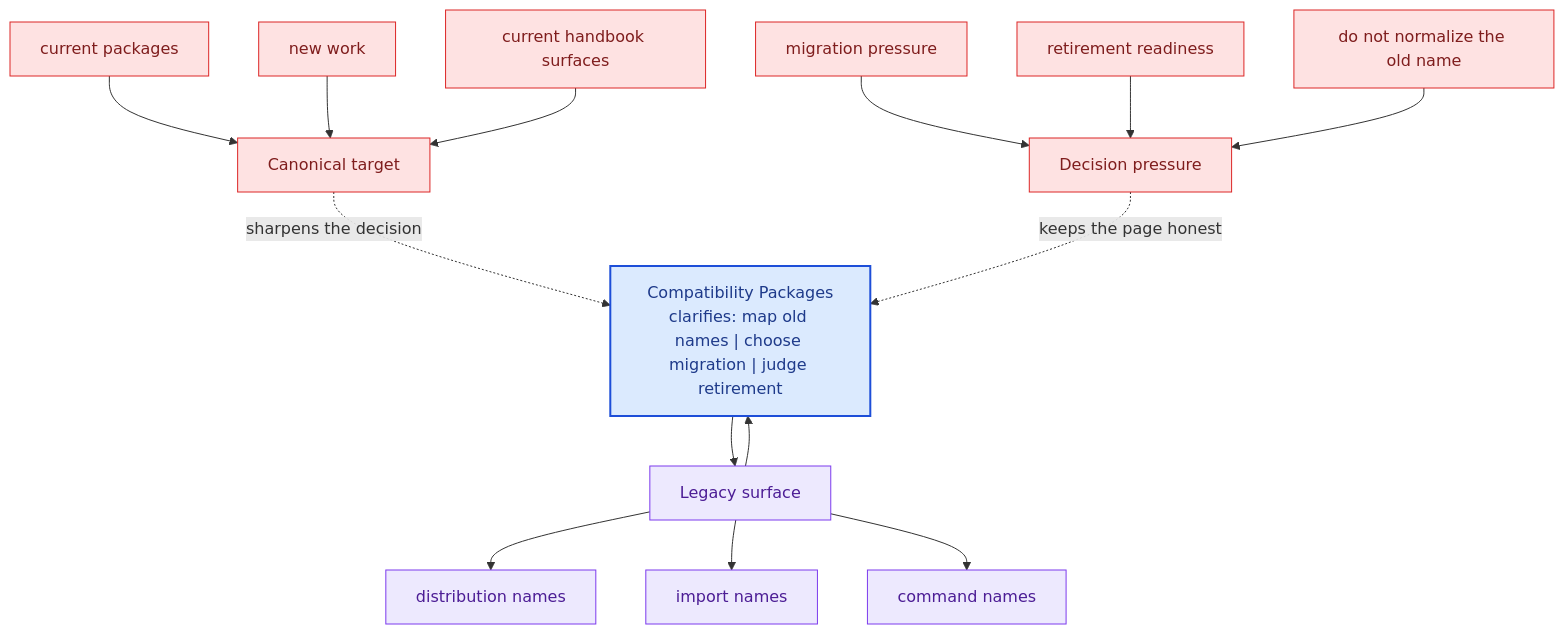
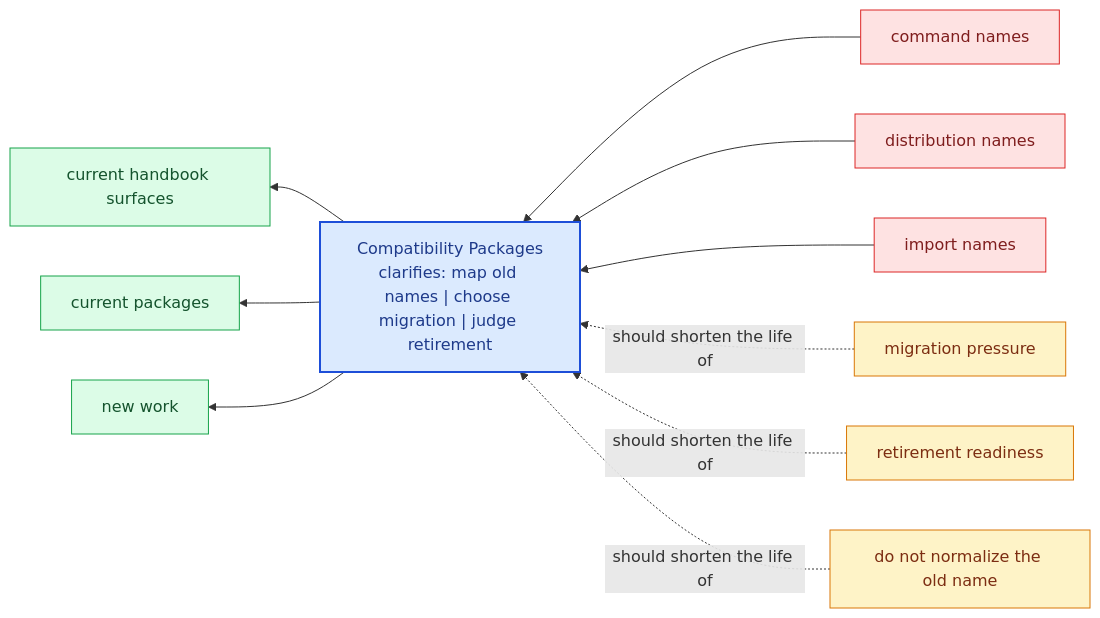
Before and after one commit to bijux/bijux-canon: the diagram in docs/compat-packages/index.md, drawn with Mermaid. The commit also changed other lines of this file and 281 other files, not shown here.

Commit message:
docs(diagrams): replace repeated mermaid scaffolds with page-specific summaries

````diff
--- a/docs/compat-packages/index.md
+++ b/docs/compat-packages/index.md
@@ -69,40 +24,31 @@
 ```mermaid
-flowchart TB
-    promise["Compatibility Packages<br/>clarifies: map old names | choose migration | judge retirement"]
-    classDef promise fill:#dbeafe,stroke:#1d4ed8,color:#1e3a8a,stroke-width:2px;
-    classDef driver fill:#dcfce7,stroke:#16a34a,color:#14532d;
-    classDef constraint fill:#fee2e2,stroke:#dc2626,color:#7f1d1d;
-    classDef ground fill:#ede9fe,stroke:#7c3aed,color:#4c1d95;
-    focus1["Legacy surface"]
-    focus1 --> promise
-    promise --> focus1
-    focus1_1["distribution names"]
-    focus1 --> focus1_1
-    focus1_2["import names"]
-    focus1 --> focus1_2
-    focus1_3["command names"]
-    focus1 --> focus1_3
-    class focus1 ground;
-    class focus1_1,focus1_2,focus1_3 ground;
-    focus2["Canonical target"]
-    focus2 -.sharpens the decision.-> promise
-    focus2_1["current packages"]
-    focus2_1 --> focus2
-    focus2_2["new work"]
-    focus2_2 --> focus2
-    focus2_3["current handbook surfaces"]
-    focus2_3 --> focus2
-    class focus2 constraint;
-    class focus2_1,focus2_2,focus2_3 constraint;
-    focus3["Decision pressure"]
-    focus3 -.keeps the page honest.-> promise
-    focus3_1["migration pressure"]
-    focus3_1 --> focus3
-    focus3_2["retirement readiness"]
-    focus3_2 --> focus3
-    focus3_3["do not normalize the old name"]
-    focus3_3 --> focus3
-    class focus3 constraint;
-    class focus3_1,focus3_2,focus3_3 constraint;
-    class promise promise;
+flowchart RL
+    page["Compatibility Packages<br/>clarifies: map old names | choose migration | judge retirement"]
+    classDef page fill:#dbeafe,stroke:#1d4ed8,color:#1e3a8a,stroke-width:2px;
+    classDef positive fill:#dcfce7,stroke:#16a34a,color:#14532d;
+    classDef caution fill:#fee2e2,stroke:#dc2626,color:#7f1d1d;
+    classDef anchor fill:#ede9fe,stroke:#7c3aed,color:#4c1d95;
+    classDef action fill:#fef3c7,stroke:#d97706,color:#7c2d12;
+    legacy1["command names"]
+    legacy1 --> page
+    legacy2["distribution names"]
+    legacy2 --> page
+    legacy3["import names"]
+    legacy3 --> page
+    canon1["current handbook surfaces"]
+    page --> canon1
+    canon2["current packages"]
+    page --> canon2
+    canon3["new work"]
+    page --> canon3
+    pressure1["migration pressure"]
+    pressure1 -.should shorten the life of.-> page
+    pressure2["retirement readiness"]
+    pressure2 -.should shorten the life of.-> page
+    pressure3["do not normalize the old name"]
+    pressure3 -.should shorten the life of.-> page
+    class page page;
+    class legacy1,legacy2,legacy3 caution;
+    class canon1,canon2,canon3 positive;
+    class pressure1,pressure2,pressure3 action;
 ```
````
